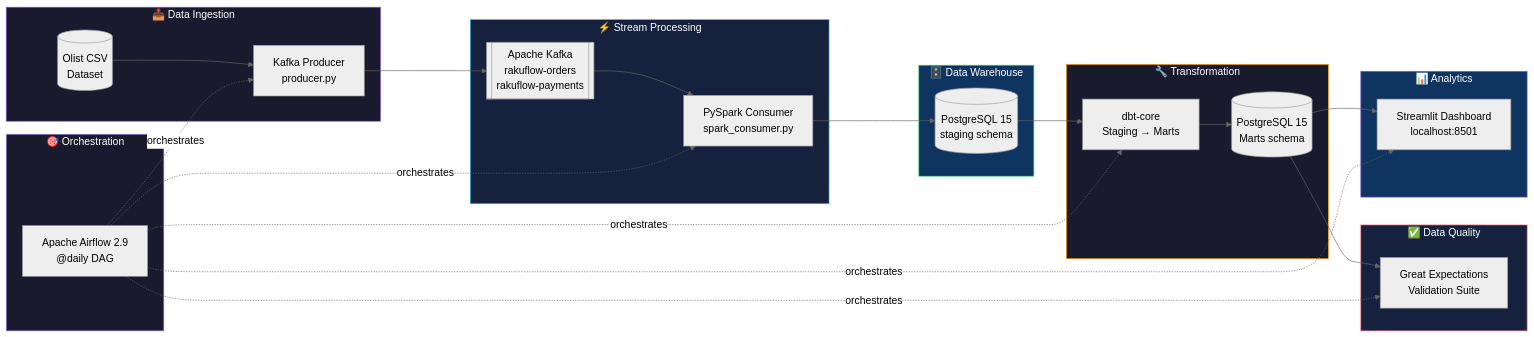
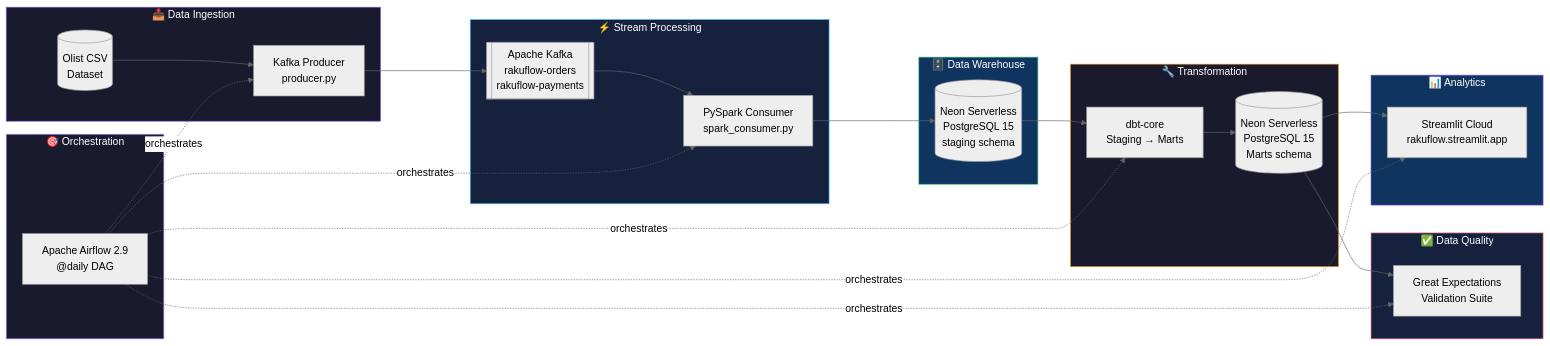
Before and after one commit to j26219096-prog/rakuflow: the diagram in README.md, drawn with Mermaid (neutral theme). The commit also changed other lines of this file, not shown here.

Commit message:
Docs: Update README with Live Demo URL and Neon Cloud architecture

````diff
--- a/README.md
+++ b/README.md
@@ -22,50 +25,50 @@
 ```mermaid
 flowchart LR
     subgraph Ingestion["📥 Data Ingestion"]
         CSV[("Olist CSV\nDataset")]
         PROD["Kafka Producer\nproducer.py"]
     end
 
     subgraph Streaming["⚡ Stream Processing"]
         KAFKA[["Apache Kafka\nrakuflow-orders\nrakuflow-payments"]]
         SPARK["PySpark Consumer\nspark_consumer.py"]
     end
 
     subgraph Warehouse["🗄️ Data Warehouse"]
-        PG[("PostgreSQL 15\nstaging schema")]
+        PG[("Neon Serverless\nPostgreSQL 15\nstaging schema")]
     end
 
     subgraph Transform["🔧 Transformation"]
         DBT["dbt-core\nStaging → Marts"]
-        MARTS[("PostgreSQL 15\nMarts schema")]
+        MARTS[("Neon Serverless\nPostgreSQL 15\nMarts schema")]
     end
 
     subgraph Quality["✅ Data Quality"]
         GE["Great Expectations\nValidation Suite"]
     end
 
     subgraph Visualization["📊 Analytics"]
-        ST["Streamlit Dashboard\nlocalhost:8501"]
+        ST["Streamlit Cloud\nrakuflow.streamlit.app"]
     end
 
     subgraph Orchestration["🎯 Orchestration"]
         AIRFLOW["Apache Airflow 2.9\n@daily DAG"]
     end
 
     CSV --> PROD --> KAFKA --> SPARK --> PG
     PG --> DBT --> MARTS --> GE
     MARTS --> ST
     AIRFLOW -.->|orchestrates| PROD
     AIRFLOW -.->|orchestrates| SPARK
     AIRFLOW -.->|orchestrates| DBT
     AIRFLOW -.->|orchestrates| GE
     AIRFLOW -.->|orchestrates| ST
 
     style Ingestion fill:#1a1a2e,stroke:#845adf,color:#fff
     style Streaming fill:#16213e,stroke:#38bdf8,color:#fff
     style Warehouse fill:#0f3460,stroke:#4ade80,color:#fff
     style Transform fill:#1a1a2e,stroke:#f59e0b,color:#fff
     style Quality fill:#16213e,stroke:#fb7185,color:#fff
     style Visualization fill:#0f3460,stroke:#845adf,color:#fff
     style Orchestration fill:#1a1a2e,stroke:#a78bfa,color:#fff
 ```
````
